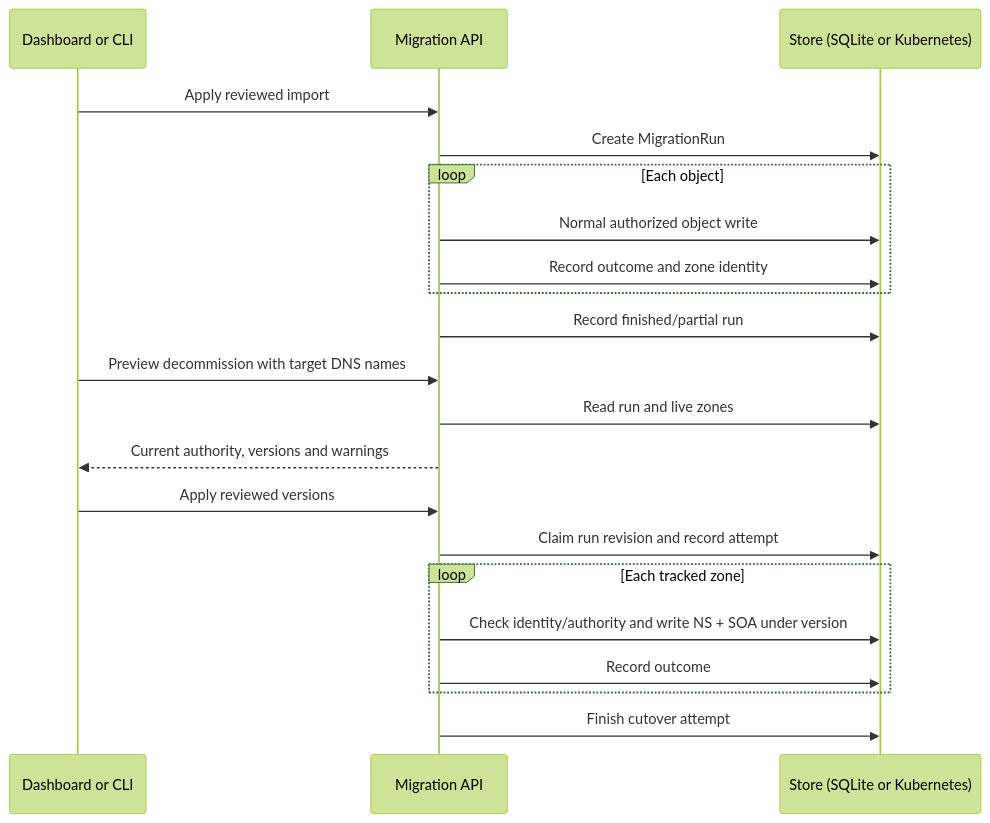
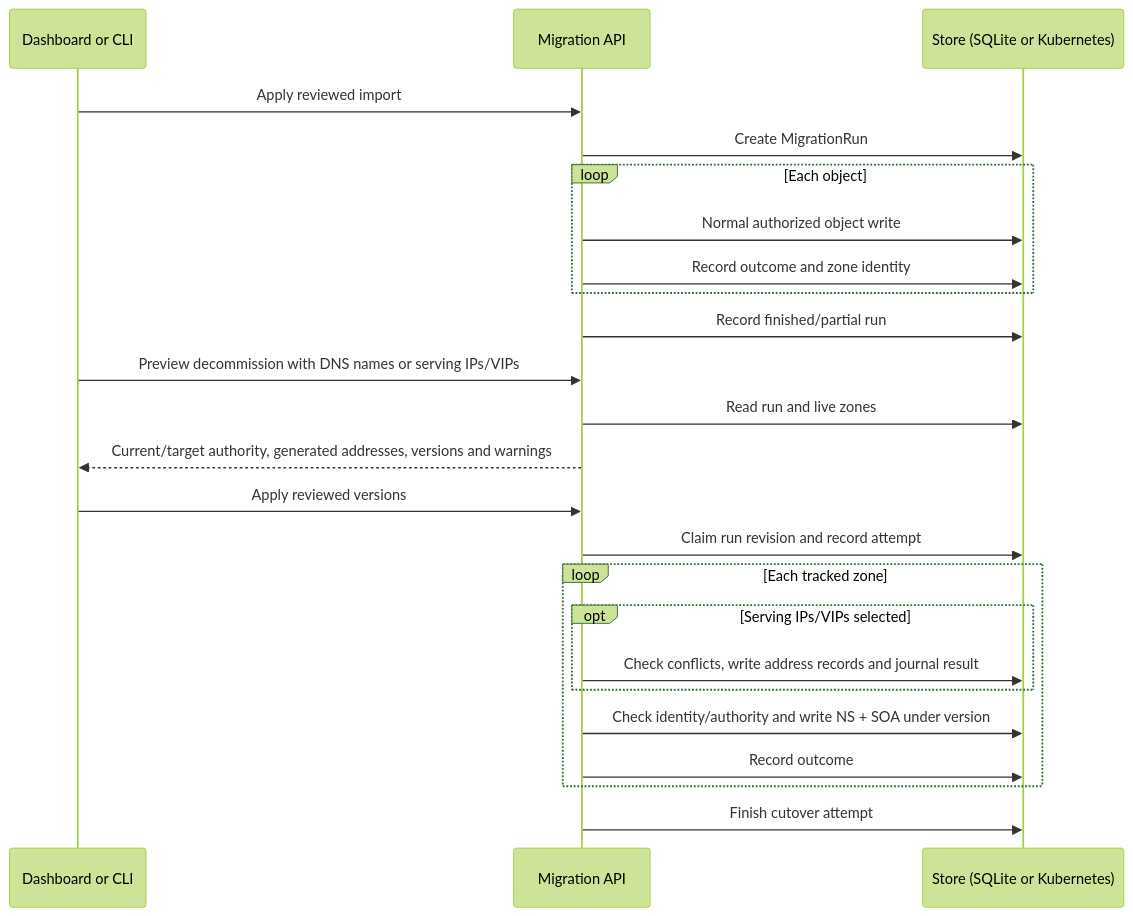
The first of 8 diagrams in docs/architecture/configuration-and-store.md (robertherbaugh/kudurru), drawn with Mermaid (forest theme) before and after one commit. The commit also changed other lines of this file and 29 other files, not shown here.

````diff
--- a/docs/architecture/configuration-and-store.md
+++ b/docs/architecture/configuration-and-store.md
@@ -103,23 +116,26 @@
 ```mermaid
 sequenceDiagram
     participant U as Dashboard or CLI
     participant A as Migration API
     participant S as Store (SQLite or Kubernetes)
     U->>A: Apply reviewed import
     A->>S: Create MigrationRun
     loop Each object
         A->>S: Normal authorized object write
         A->>S: Record outcome and zone identity
     end
     A->>S: Record finished/partial run
-    U->>A: Preview decommission with target DNS names
+    U->>A: Preview decommission with DNS names or serving IPs/VIPs
     A->>S: Read run and live zones
-    A-->>U: Current authority, versions and warnings
+    A-->>U: Current/target authority, generated addresses, versions and warnings
     U->>A: Apply reviewed versions
     A->>S: Claim run revision and record attempt
     loop Each tracked zone
+        opt Serving IPs/VIPs selected
+            A->>S: Check conflicts, write address records and journal result
+        end
         A->>S: Check identity/authority and write NS + SOA under version
         A->>S: Record outcome
     end
     A->>S: Finish cutover attempt
 ```
````
